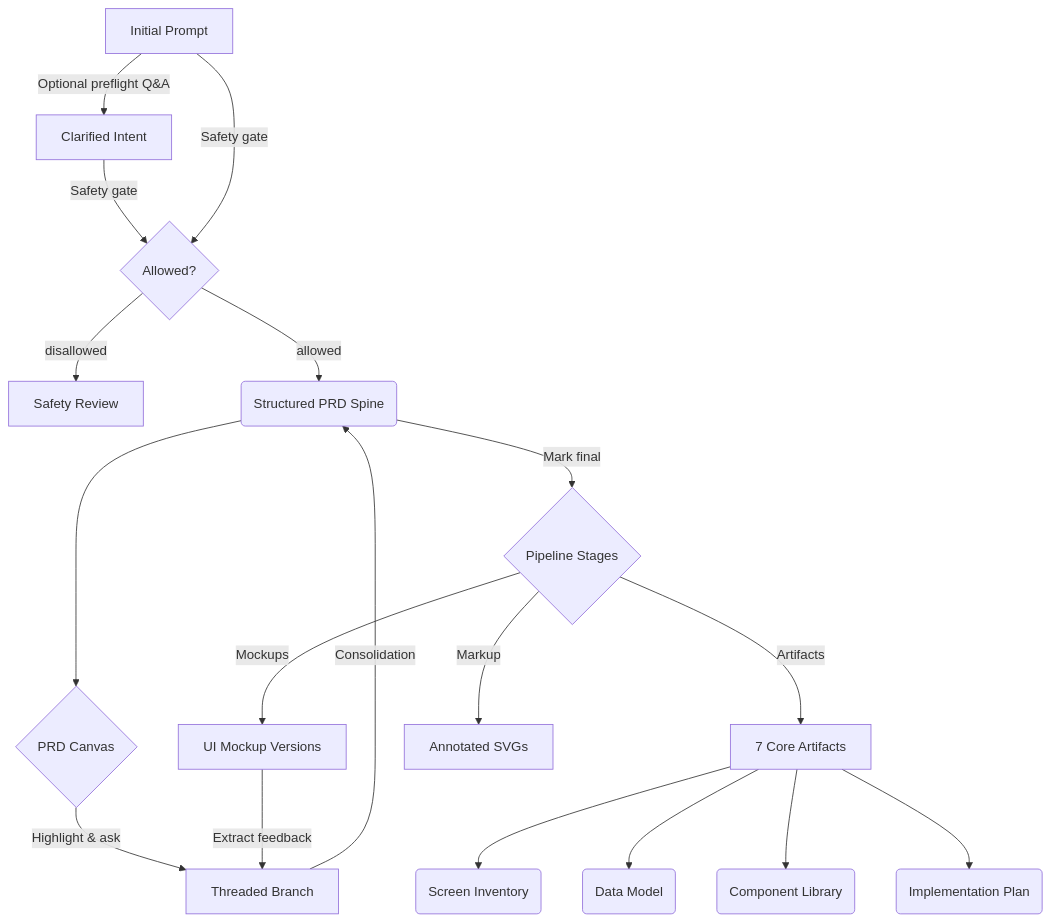
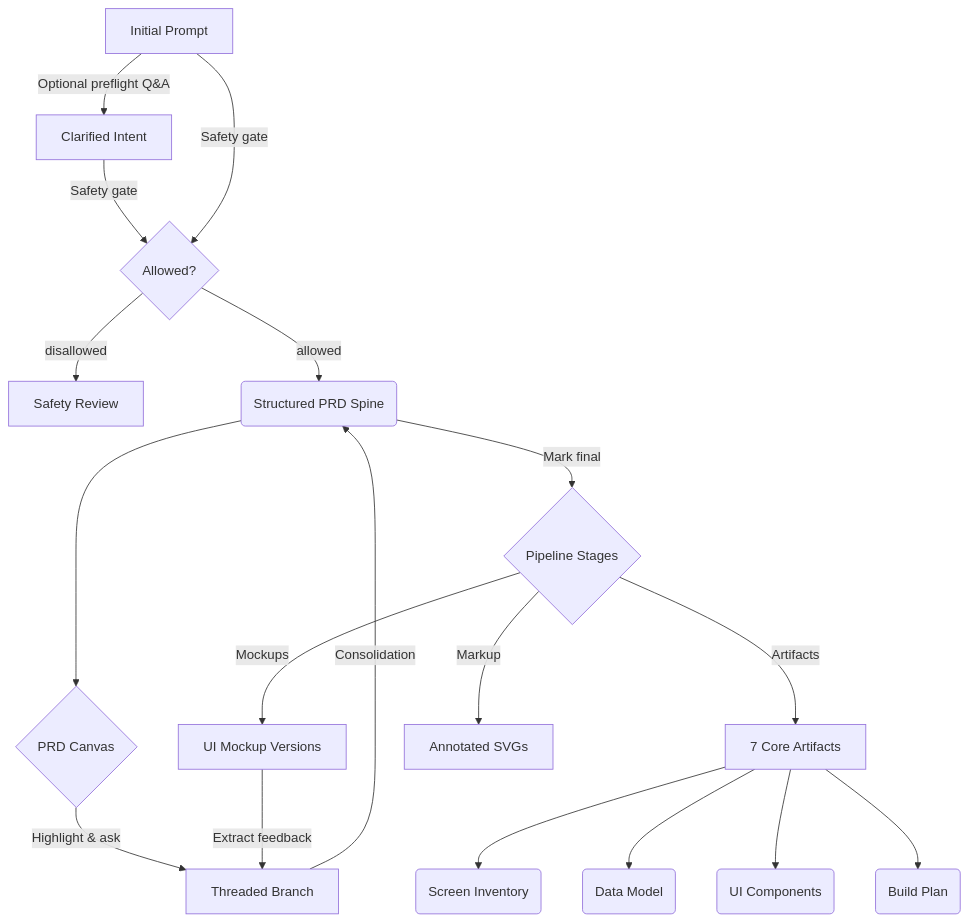
The diagram in README.md (TGALLOWAY1/Synapse), drawn with Mermaid before and after one commit. The commit also changed other lines of this file and 3 other files, not shown here.

````diff
--- a/README.md
+++ b/README.md
@@ -257,23 +257,23 @@
 ```mermaid
 graph TD
     A[Initial Prompt] -->|Optional preflight Q&A| P[Clarified Intent]
     P -->|Safety gate| S{Allowed?}
     A -->|Safety gate| S
     S -->|disallowed| R[Safety Review]
     S -->|allowed| B(Structured PRD Spine)
     B --> C{PRD Canvas}
     C -->|Highlight & ask| D[Threaded Branch]
     D -->|Consolidation| B
 
     B -->|Mark final| E{Pipeline Stages}
     E -->|Mockups| F[UI Mockup Versions]
     F -->|Extract feedback| D
 
     E -->|Artifacts| H[7 Core Artifacts]
     E -->|Markup| I[Annotated SVGs]
 
     H --> J(Screen Inventory)
     H --> K(Data Model)
-    H --> L(Component Library)
-    H --> M(Implementation Plan)
+    H --> L(UI Components)
+    H --> M(Build Plan)
 ```
````
